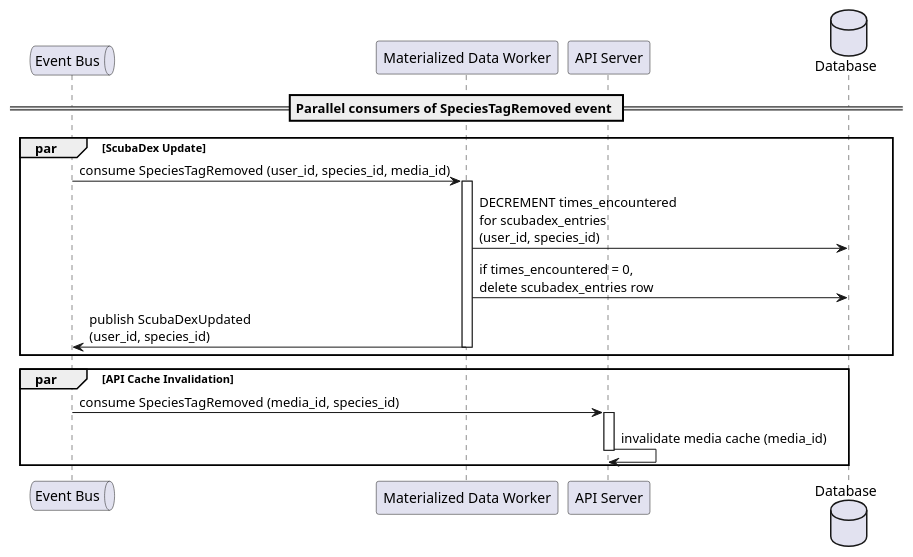
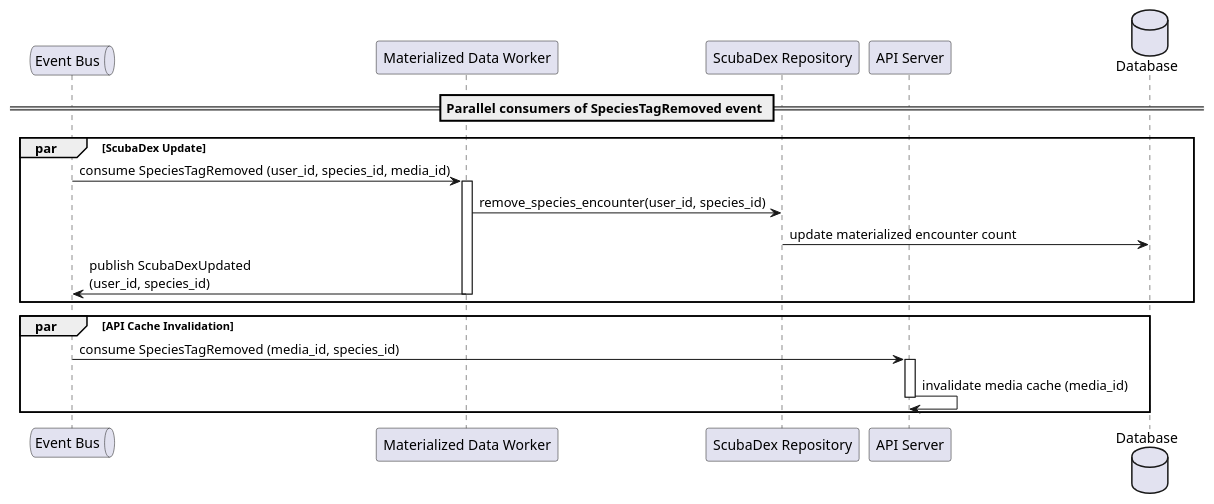
Before and after one commit to MikeF0007/reef-connect: the diagram in designs/sequences/media/media_update/species_tag_removed_event_consumers_sequence.puml, drawn with PlantUML. The commit also changed 12 other files, not shown here.

```diff
--- a/designs/sequences/media/media_update/species_tag_removed_event_consumers_sequence.puml
+++ b/designs/sequences/media/media_update/species_tag_removed_event_consumers_sequence.puml
@@ -1,23 +1,24 @@
 @startuml SpeciesTagRemoved Event Consumers Sequence
 queue "Event Bus" as Events
 participant "Materialized Data Worker" as MaterializedDataWorker
+participant "ScubaDex Repository" as ScubaDexRepository
 participant "API Server" as API
 database "Database" as DB
 
 == Parallel consumers of SpeciesTagRemoved event ==
 par ScubaDex Update
     Events -> MaterializedDataWorker: consume SpeciesTagRemoved (user_id, species_id, media_id)
     activate MaterializedDataWorker
-    MaterializedDataWorker -> DB: DECREMENT times_encountered\nfor scubadex_entries\n(user_id, species_id)
-    MaterializedDataWorker -> DB: if times_encountered = 0,\ndelete scubadex_entries row
+    MaterializedDataWorker -> ScubaDexRepository: remove_species_encounter(user_id, species_id)
+    ScubaDexRepository -> DB: update materialized encounter count
     MaterializedDataWorker -> Events: publish ScubaDexUpdated\n(user_id, species_id)
     deactivate MaterializedDataWorker
 end par
 
 par API Cache Invalidation
     Events -> API: consume SpeciesTagRemoved (media_id, species_id)
     activate API
     API -> API: invalidate media cache (media_id)
     deactivate API
 end par
 @enduml
```
